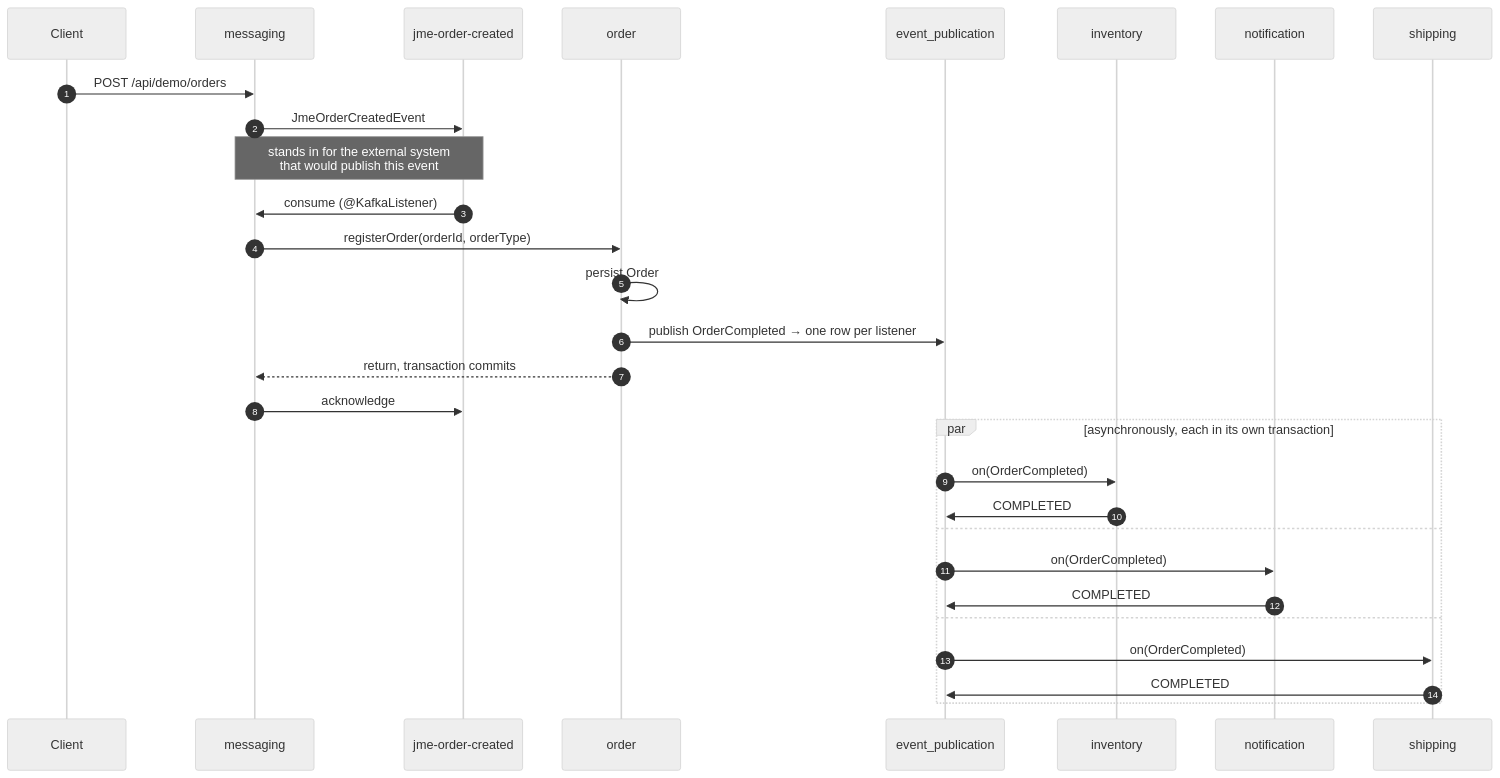
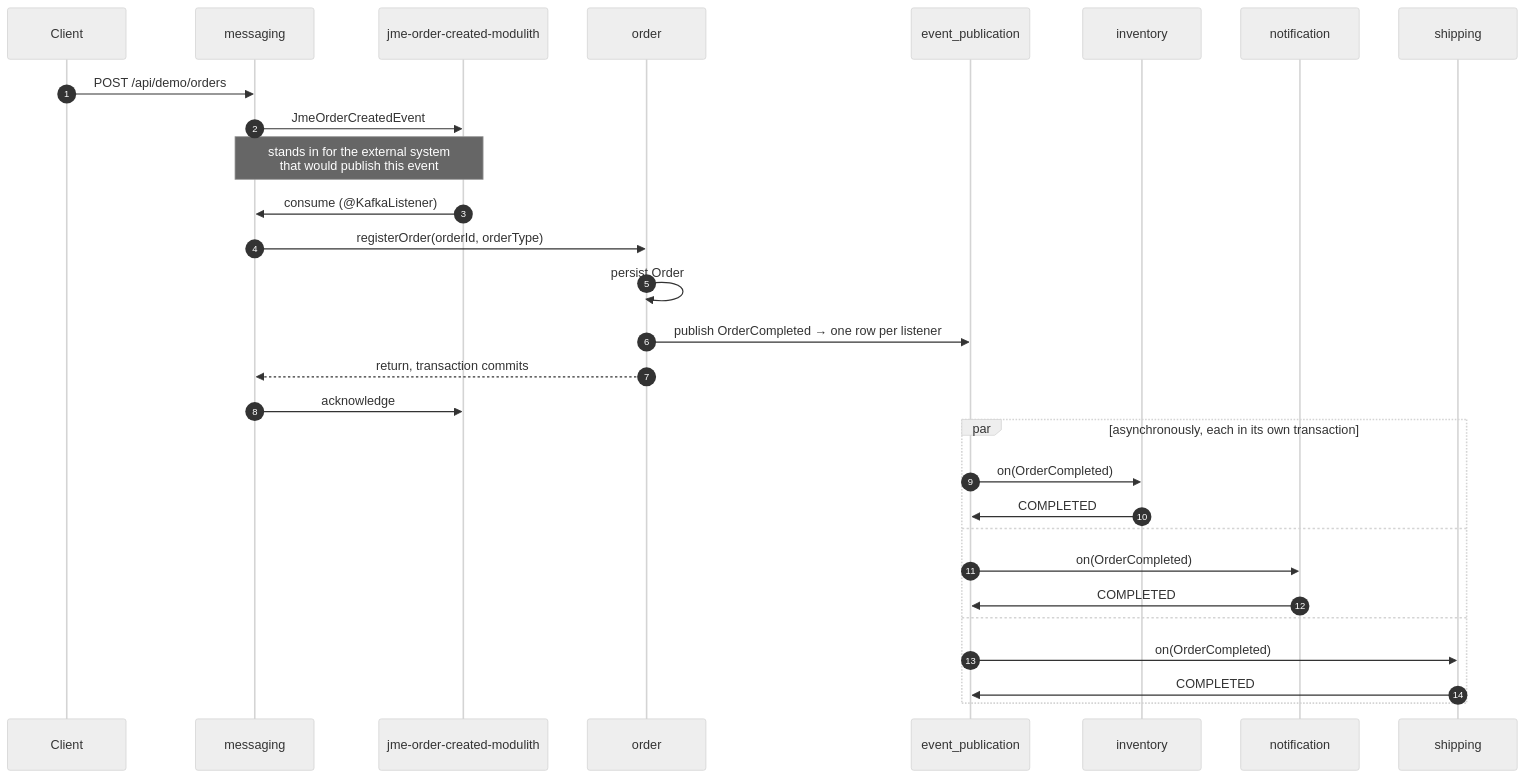
One commit to jme-admin-ch/jme-spring-modulith-example changed the third of 5 diagrams in docs/architecture.md. Above: the diagram before and after it, drawn with Mermaid (neutral theme). The commit also changed other lines of this file and 17 other files, not shown here.

Commit message:
JEAP-7449 Isolate Modulith order events on a dedicated topic

````diff
--- a/docs/architecture.md
+++ b/docs/architecture.md
@@ -95,33 +95,33 @@
 ```mermaid
 sequenceDiagram
     autonumber
     participant Client
     participant MSG as messaging
-    participant Kafka as jme-order-created
+    participant Kafka as jme-order-created-modulith
     participant ORD as order
     participant REG as event_publication
     participant INV as inventory
     participant NOT as notification
     participant SHI as shipping
 
     Client->>MSG: POST /api/demo/orders
     MSG->>Kafka: JmeOrderCreatedEvent
     Note over MSG,Kafka: stands in for the external system<br/>that would publish this event
     Kafka->>MSG: consume (@KafkaListener)
     MSG->>ORD: registerOrder(orderId, orderType)
     ORD->>ORD: persist Order
     ORD->>REG: publish OrderCompleted → one row per listener
     ORD-->>MSG: return, transaction commits
     MSG->>Kafka: acknowledge
 
     par asynchronously, each in its own transaction
         REG->>INV: on(OrderCompleted)
         INV->>REG: COMPLETED
     and
         REG->>NOT: on(OrderCompleted)
         NOT->>REG: COMPLETED
     and
         REG->>SHI: on(OrderCompleted)
         SHI->>REG: COMPLETED
     end
 ```
````
